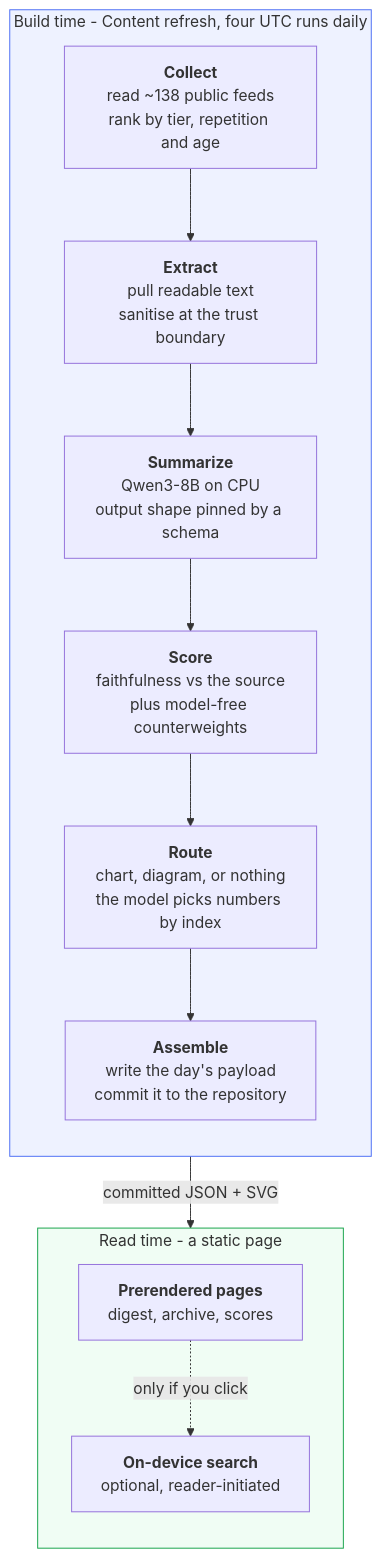
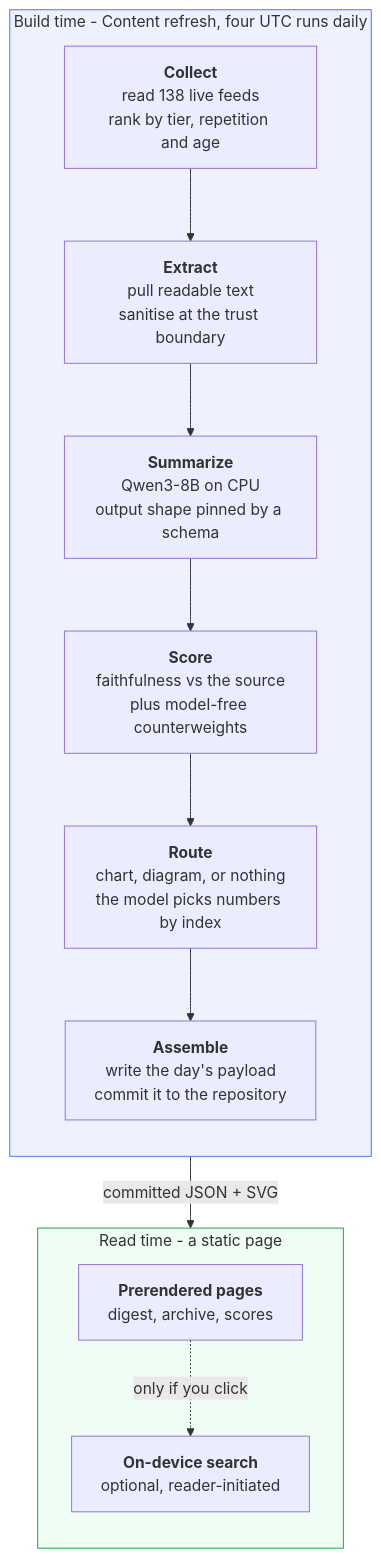
Before and after one commit to miztiik/yen-idhazh: the diagram in README.md, drawn with Mermaid. The commit also changed other lines of this file, not shown here.

````diff
--- a/README.md
+++ b/README.md
@@ -40,25 +37,25 @@
 ```mermaid
 flowchart TD
     subgraph build["Build time - Content refresh, four UTC runs daily"]
         direction TB
-        A["<b>Collect</b><br/>read ~138 public feeds<br/>rank by tier, repetition and age"]
+        A["<b>Collect</b><br/>read 138 live feeds<br/>rank by tier, repetition and age"]
         B["<b>Extract</b><br/>pull readable text<br/>sanitise at the trust boundary"]
         C["<b>Summarize</b><br/>Qwen3-8B on CPU<br/>output shape pinned by a schema"]
         D["<b>Score</b><br/>faithfulness vs the source<br/>plus model-free counterweights"]
         E["<b>Route</b><br/>chart, diagram, or nothing<br/>the model picks numbers by index"]
         F["<b>Assemble</b><br/>write the day's payload<br/>commit it to the repository"]
         A --> B --> C --> D --> E --> F
     end
 
     F -->|"committed JSON + SVG"| G
 
     subgraph read["Read time - a static page"]
         direction TB
         G["<b>Prerendered pages</b><br/>digest, archive, scores"]
         H["<b>On-device search</b><br/>optional, reader-initiated"]
         G -.->|"only if you click"| H
     end
 
     style build fill:#eef2ff,stroke:#4c6ef5
     style read fill:#f0fdf4,stroke:#16a34a
 ```
````
